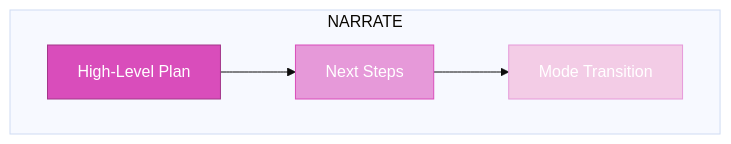
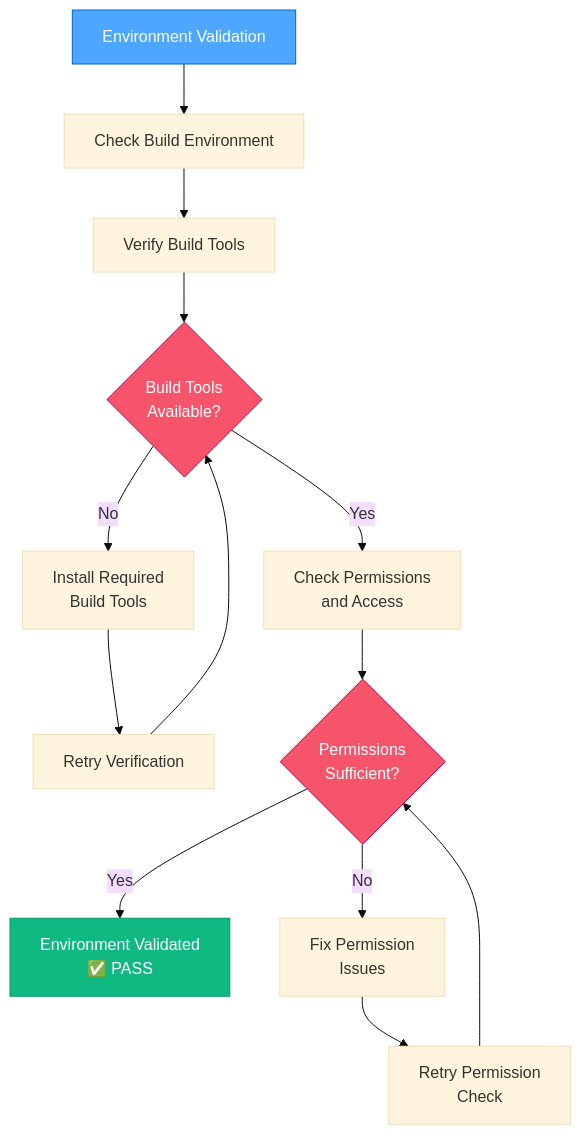
Diagram 11 of 13 in .cursor/rules/isolation_rules/visual-maps/van_mode_split/van-mode-map.mdc (ubranch/shotgun), drawn with Mermaid (base theme) before and after one commit. The commit also changed other lines of this file and 81 other files, not shown here.

````diff
--- a/.cursor/rules/isolation_rules/visual-maps/van_mode_split/van-mode-map.mdc
+++ b/.cursor/rules/isolation_rules/visual-maps/van_mode_split/van-mode-map.mdc
@@ -65,15 +561,22 @@
 ```mermaid
 graph TD
-    subgraph "NARRATE"
-        Plan["High-Level Plan"]
-        NextSteps["Next Steps"]
-        Mode["Mode Transition"]
-    end
+    Start["Environment Validation"] --> CheckEnv["Check Build Environment"]
+    CheckEnv --> VerifyBuildTools["Verify Build Tools"]
+    VerifyBuildTools --> ToolsStatus{"Build Tools<br>Available?"}
     
-    Plan --> NextSteps
-    NextSteps --> Mode
+    ToolsStatus -->|"Yes"| CheckPerms["Check Permissions<br>and Access"]
+    ToolsStatus -->|"No"| InstallTools["Install Required<br>Build Tools"]
+    InstallTools --> RetryTools["Retry Verification"]
+    RetryTools --> ToolsStatus
     
-    style Plan fill:#d94dbb,stroke:#a3378a,color:white
-    style NextSteps fill:#e699d9,stroke:#d94dbb,color:white
-    style Mode fill:#f3cce6,stroke:#e699d9,color:white
+    CheckPerms --> PermsStatus{"Permissions<br>Sufficient?"}
+    PermsStatus -->|"Yes"| EnvSuccess["Environment Validated<br>✅ PASS"]
+    PermsStatus -->|"No"| FixPerms["Fix Permission<br>Issues"]
+    FixPerms --> RetryPerms["Retry Permission<br>Check"]
+    RetryPerms --> PermsStatus
+    
+    style Start fill:#4da6ff,stroke:#0066cc,color:white
+    style EnvSuccess fill:#10b981,stroke:#059669,color:white
+    style ToolsStatus fill:#f6546a,stroke:#c30052,color:white
+    style PermsStatus fill:#f6546a,stroke:#c30052,color:white
 ```
````
